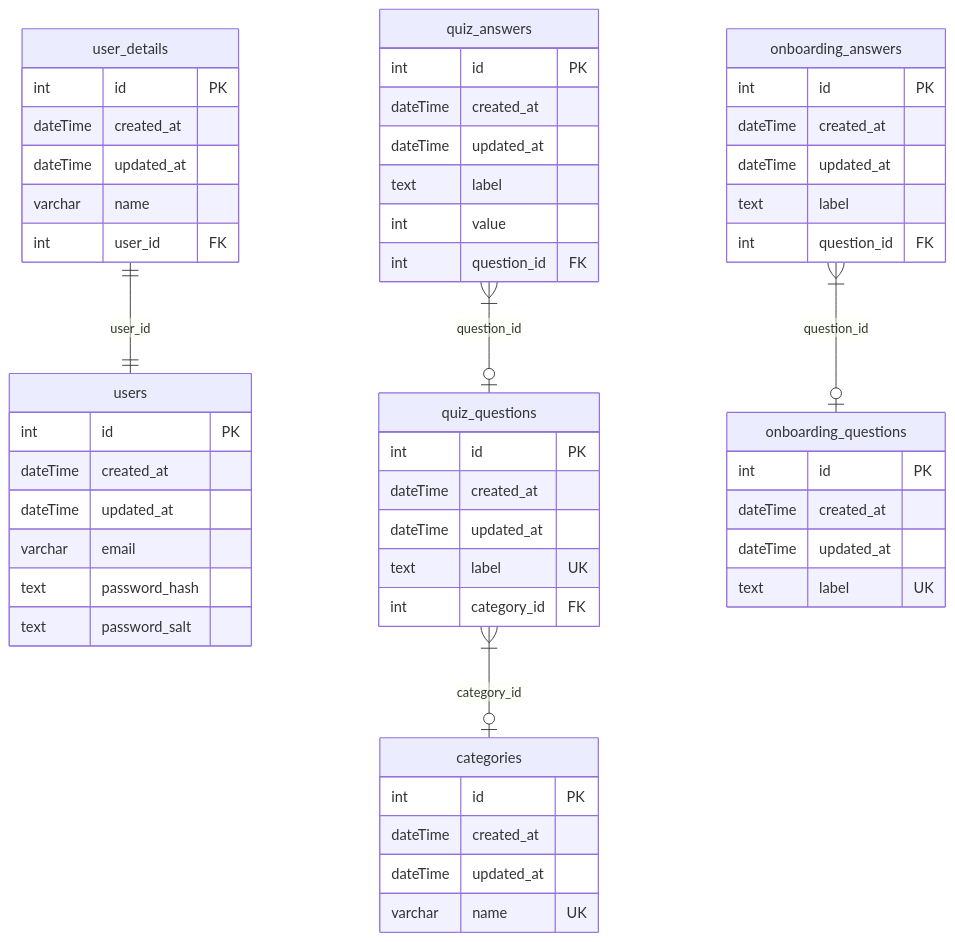
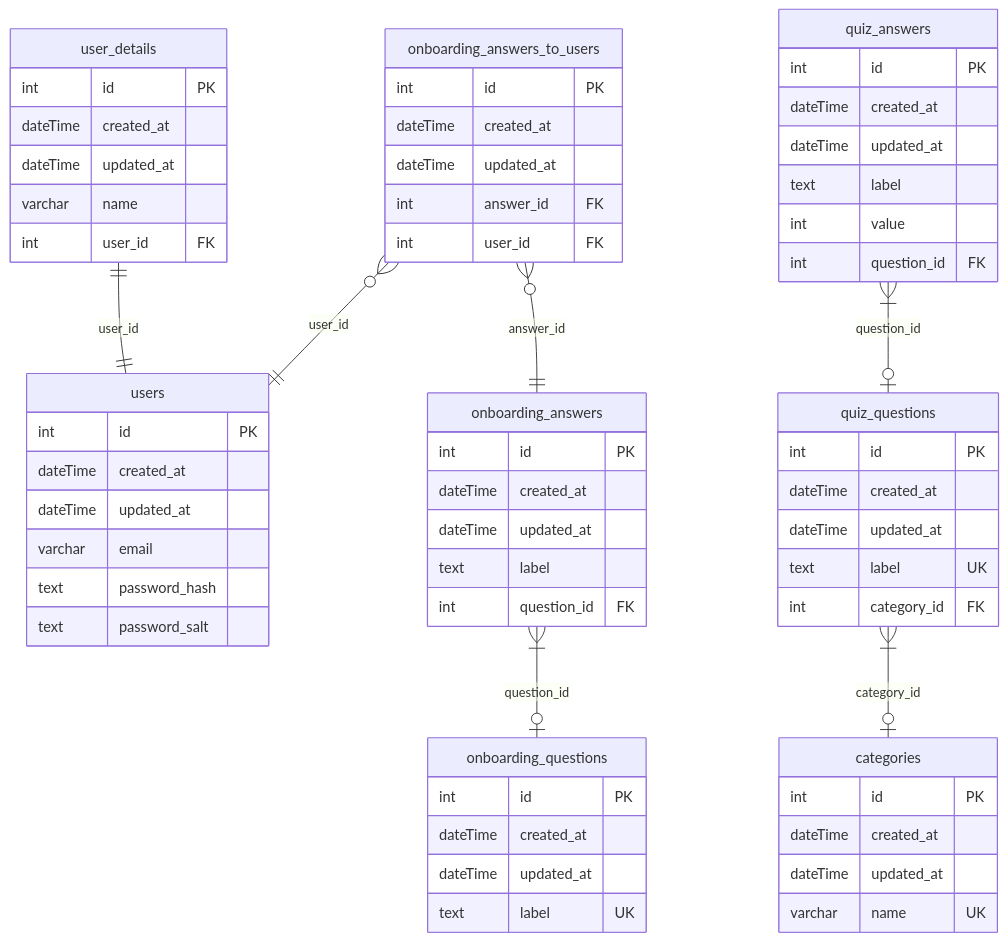
One commit to BinaryStudioAcademy/bsa-2024-bebalance changed the diagram in readme.md. Above: the diagram before and after it, drawn with Mermaid. The commit also changed 39 other files, not shown here.

First line of the commit message:
feat(backend/shared): save onboarding quiz answers to DB bb-167 (#227)

````diff
--- a/readme.md
+++ b/readme.md
@@ -25,63 +25,73 @@
 ```mermaid
 
 erDiagram
     users {
         int id PK
         dateTime created_at
         dateTime updated_at
         varchar email
         text password_hash
         text password_salt
     }
 
     user_details ||--|| users : user_id
     user_details {
         int id PK
         dateTime created_at
         dateTime updated_at
         varchar name
         int user_id FK
     }
 
     categories {
         int id PK
         dateTime created_at
         dateTime updated_at
         varchar name UK
     }
 
     quiz_questions }|--o| categories : category_id
     quiz_questions {
         int id PK
         dateTime created_at
         dateTime updated_at
         text label UK
         int category_id FK
     }
 
     quiz_answers }|--o| quiz_questions : question_id
     quiz_answers {
         int id PK
         dateTime created_at
         dateTime updated_at
         text label
         int value
         int question_id FK
     }
 
     onboarding_questions {
         int id PK
         dateTime created_at
         dateTime updated_at
         text label UK
     }
 
     onboarding_answers }|--o| onboarding_questions : question_id
     onboarding_answers {
         int id PK
         dateTime created_at
         dateTime updated_at
         text label
         int question_id FK
     }
+
+    onboarding_answers_to_users }o--|| onboarding_answers : answer_id
+    onboarding_answers_to_users }o--|| users : user_id
+    onboarding_answers_to_users {
+        int id PK
+        dateTime created_at
+        dateTime updated_at
+        int answer_id FK
+        int user_id FK
+    }
 ```
````
